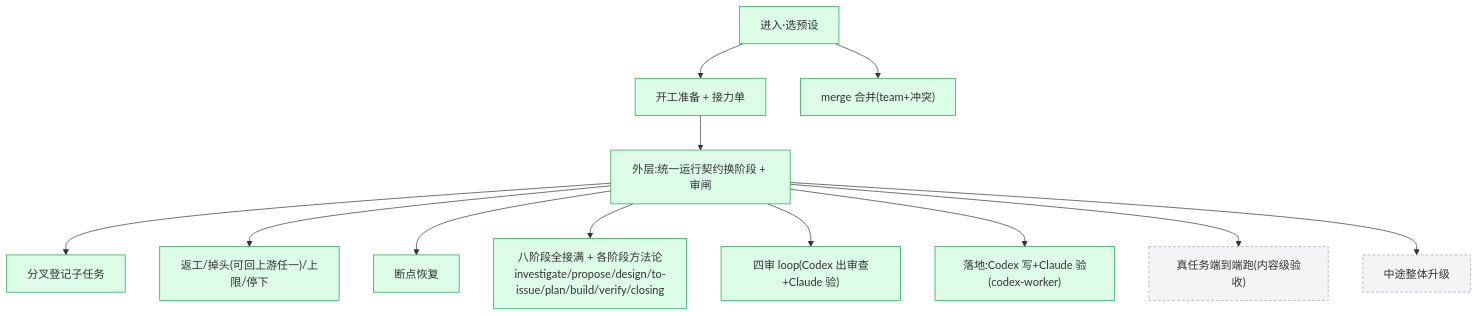
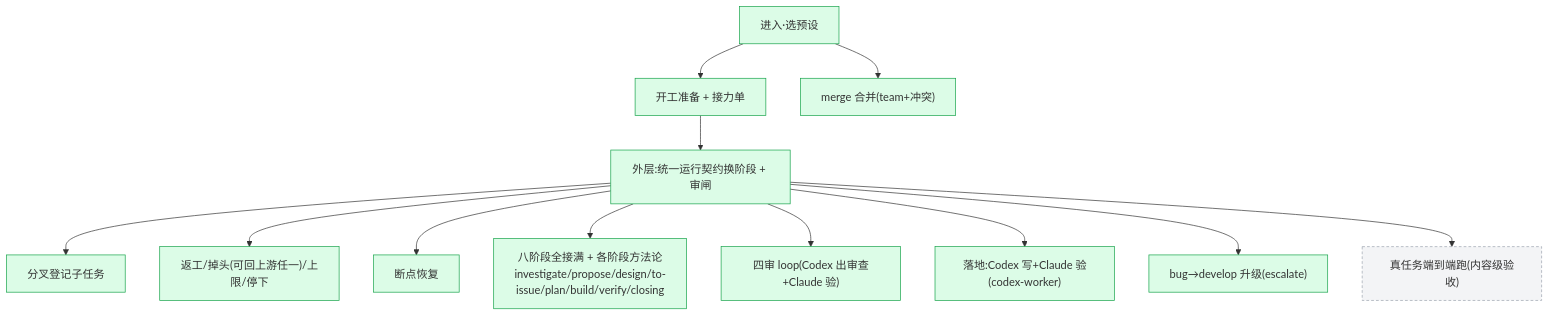
One commit to chancheuklap/multi-model-workflow changed the ninth of 10 diagrams in docs/plugin2/OVERVIEW.md. Above: the diagram before and after it, drawn with Mermaid. The commit also changed other lines of this file and 4 other files, not shown here.

First line of the commit message:
feat(escalate): bug/小改撞出系统性设计问题 → mmw task escalate --to develop 原地升级

````diff
--- a/docs/plugin2/OVERVIEW.md
+++ b/docs/plugin2/OVERVIEW.md
@@ -420,16 +420,16 @@
 ```mermaid
 flowchart TD
     IN["进入·选预设"]:::done --> PREP["开工准备 + 接力单"]:::done --> OUT["外层:统一运行契约换阶段 + 审闸"]:::done
     OUT --> SPIN["分叉登记子任务"]:::done
     OUT --> CAP["返工/掉头(可回上游任一)/上限/停下"]:::done
     OUT --> RES["断点恢复"]:::done
     OUT --> PHASES["八阶段全接满 + 各阶段方法论<br/>investigate/propose/design/to-issue/plan/build/verify/closing"]:::done
     OUT --> REVIEW["四审 loop(Codex 出审查+Claude 验)"]:::done
     OUT --> BUILD["落地:Codex 写+Claude 验(codex-worker)"]:::done
     IN --> MERGE["merge 合并(team+冲突)"]:::done
+    OUT --> ESC["bug→develop 升级(escalate)"]:::done
     OUT --> RUN["真任务端到端跑(内容级验收)"]:::todo
-    OUT --> UP["中途整体升级"]:::todo
 
     classDef done fill:#dcfce7,stroke:#16a34a
     classDef todo fill:#f3f4f6,stroke:#9ca3af,stroke-dasharray:4 3
 ```
````
